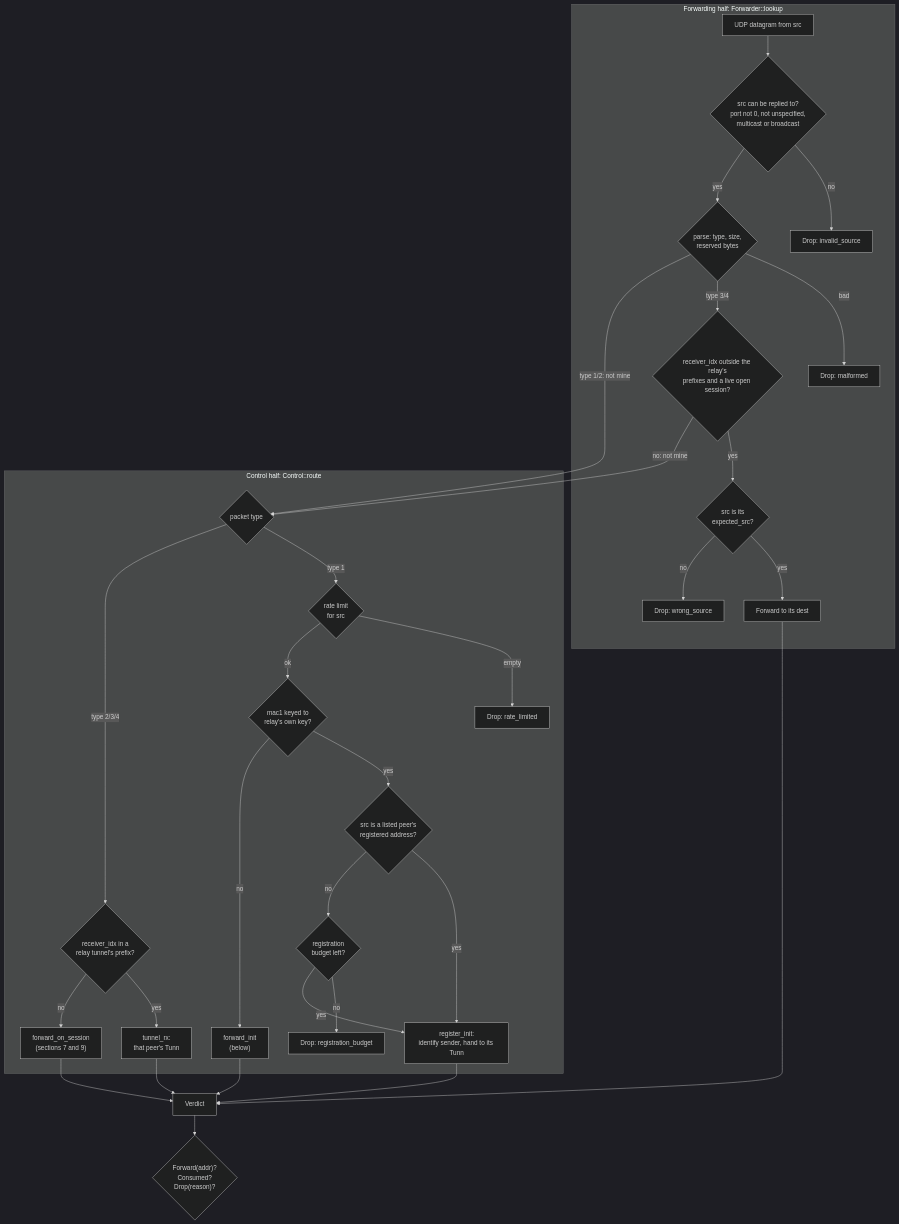
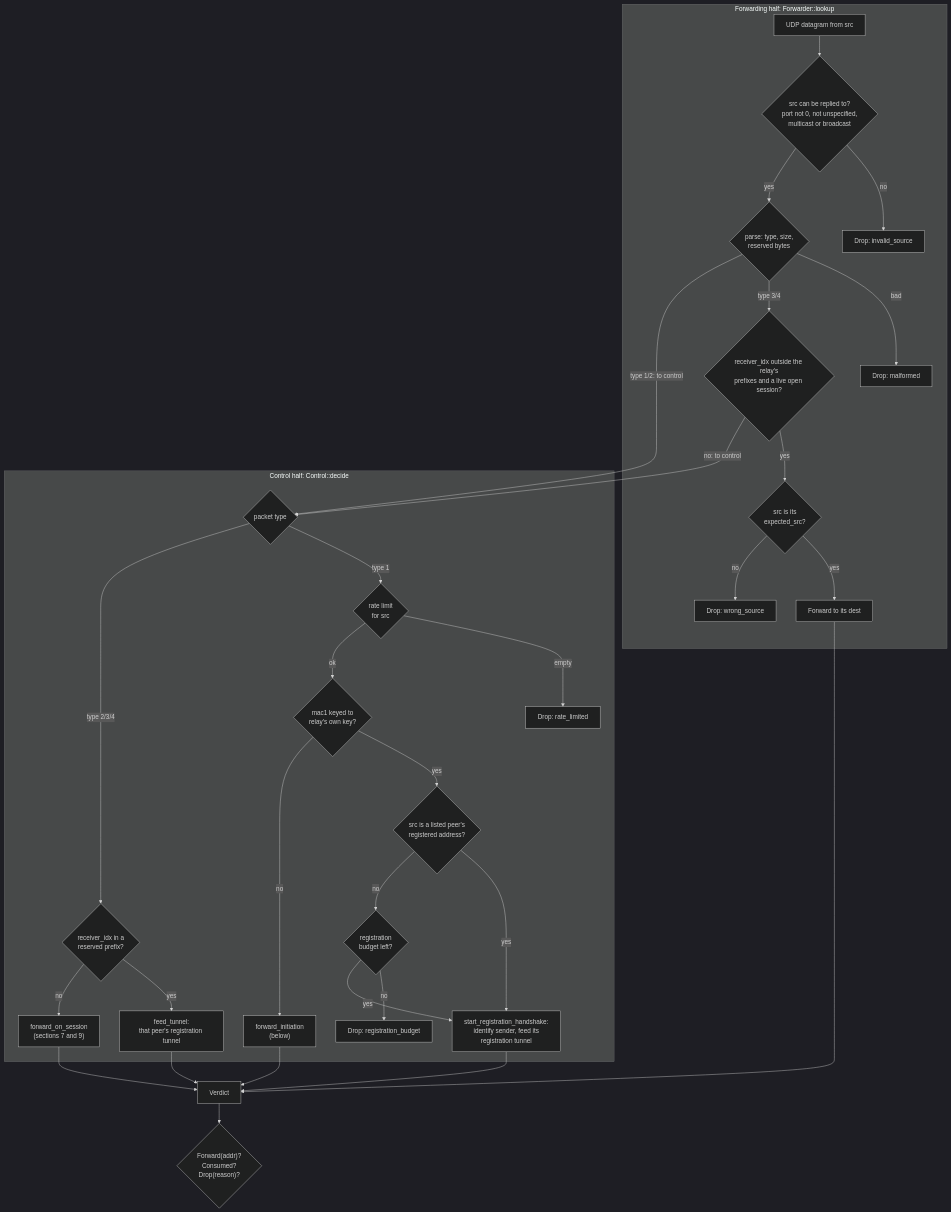
One commit to 3alpha/wg-relay changed diagram 14 of 22 in docs/how-it-works.md. Above: the diagram before and after it, drawn with Mermaid (dark theme). The commit also changed other lines of this file and 18 other files, not shown here.

````diff
--- a/docs/how-it-works.md
+++ b/docs/how-it-works.md
@@ -491,36 +500,36 @@
 ```mermaid
 flowchart TD
     subgraph fwd["Forwarding half: Forwarder::lookup"]
         IN["UDP datagram from src"] --> SV{"src can be replied to?<br/>port not 0, not unspecified,<br/>multicast or broadcast"}
         SV -- no --> D0["Drop: invalid_source"]
         SV -- yes --> P{"parse: type, size,<br/>reserved bytes"}
         P -- bad --> M["Drop: malformed"]
         P -- "type 3/4" --> FO{"receiver_idx outside the relay's<br/>prefixes and a live open session?"}
         FO -- yes --> FS{"src is its<br/>expected_src?"}
         FS -- yes --> FW["Forward to its dest"]
         FS -- no --> D3["Drop: wrong_source"]
     end
-    subgraph ctl["Control half: Control::route"]
+    subgraph ctl["Control half: Control::decide"]
         T{"packet type"}
         T -- "type 1" --> RL{"rate limit<br/>for src"}
         RL -- empty --> D1["Drop: rate_limited"]
         RL -- ok --> RM{"mac1 keyed to<br/>relay's own key?"}
         RM -- yes --> RS{"src is a listed peer's<br/>registered address?"}
-        RS -- yes --> REG["register_init:<br/>identify sender, hand to its Tunn"]
+        RS -- yes --> REG["start_registration_handshake:<br/>identify sender, feed its<br/>registration tunnel"]
         RS -- no --> RB{"registration<br/>budget left?"}
         RB -- no --> D2["Drop: registration_budget"]
         RB -- yes --> REG
-        RM -- no --> FI["forward_init<br/>(below)"]
-        T -- "type 2/3/4" --> PX{"receiver_idx in a<br/>relay tunnel's prefix?"}
-        PX -- yes --> TR["tunnel_rx:<br/>that peer's Tunn"]
+        RM -- no --> FI["forward_initiation<br/>(below)"]
+        T -- "type 2/3/4" --> PX{"receiver_idx in a<br/>reserved prefix?"}
+        PX -- yes --> TR["feed_tunnel:<br/>that peer's registration tunnel"]
         PX -- no --> FX["forward_on_session<br/>(sections 7 and 9)"]
     end
-    P -- "type 1/2: not mine" --> T
-    FO -- "no: not mine" --> T
+    P -- "type 1/2: to control" --> T
+    FO -- "no: to control" --> T
     FW --> V["Verdict"]
     REG --> V
     TR --> V
     FI --> V
     FX --> V
     V --> OUT{"Forward(addr)?<br/>Consumed?<br/>Drop(reason)?"}
 ```
````
